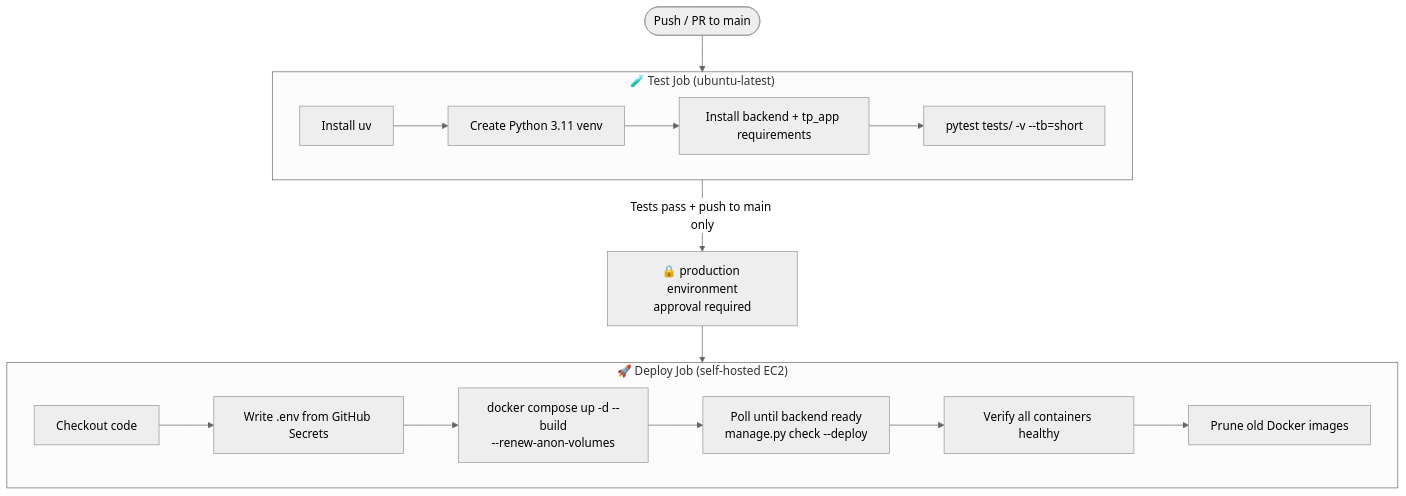
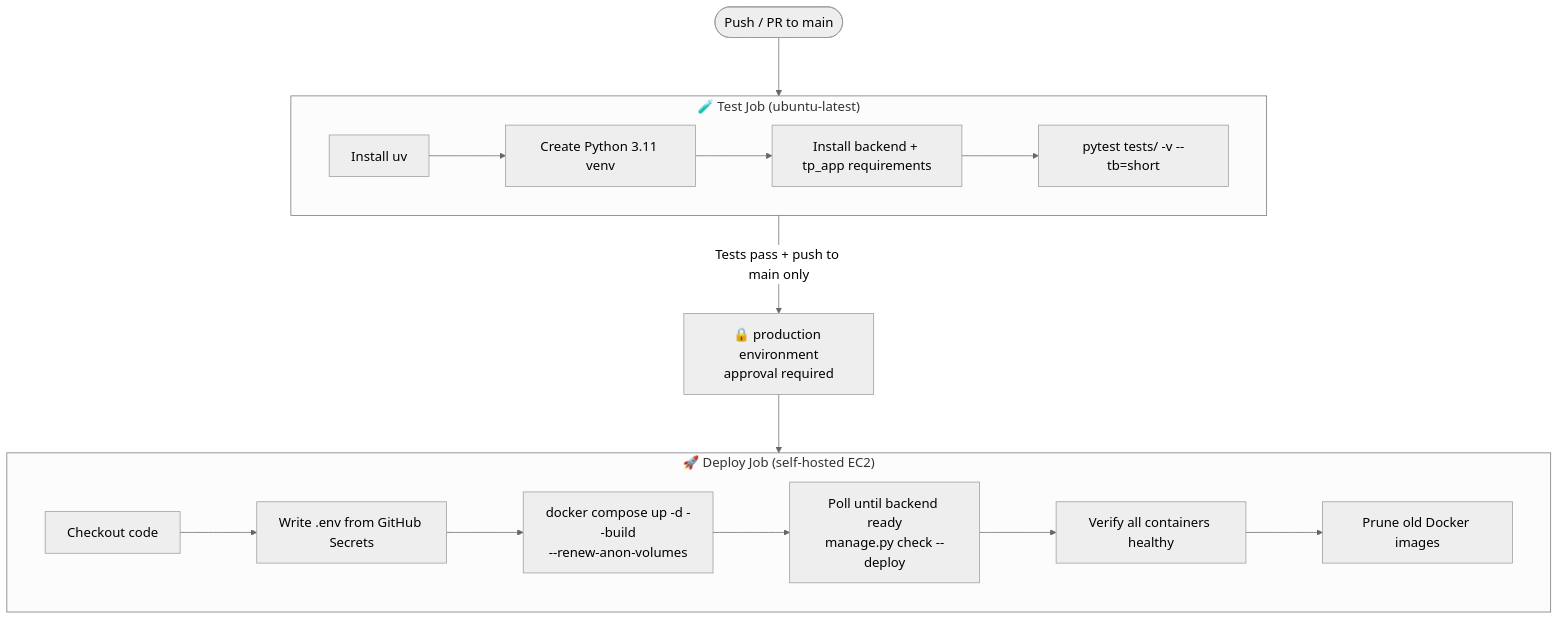
One commit to msyafach/tp_doc_ai_agent_revised changed the sixth of 6 diagrams in README.md. Above: the diagram before and after it, drawn with Mermaid. The commit also changed other lines of this file, not shown here.

Commit message:
docs: increase Mermaid font size to 18px and add node spacing for A3 export

````diff
--- a/README.md
+++ b/README.md
@@ -764,23 +764,23 @@
 ```mermaid
-%%{init: {"theme": "neutral"}}%%
+%%{init: {"theme": "neutral", "themeVariables": {"fontSize": "18px"}, "flowchart": {"nodeSpacing": 60, "rankSpacing": 80}}}%%
 flowchart TD
     PUSH([Push / PR to main]) --> TEST
 
     subgraph TEST["🧪 Test Job (ubuntu-latest)"]
         T1[Install uv] --> T2[Create Python 3.11 venv]
         T2 --> T3[Install backend + tp_app requirements]
         T3 --> T4[pytest tests/ -v --tb=short]
     end
 
     TEST -->|Tests pass + push to main only| GATE
 
     GATE["🔒 production environment\napproval required"] --> DEPLOY
 
     subgraph DEPLOY["🚀 Deploy Job (self-hosted EC2)"]
         D1[Checkout code] --> D2[Write .env from GitHub Secrets]
         D2 --> D3[docker compose up -d --build\n--renew-anon-volumes]
         D3 --> D4[Poll until backend ready\nmanage.py check --deploy]
         D4 --> D5[Verify all containers healthy]
         D5 --> D6[Prune old Docker images]
     end
 ```
````
